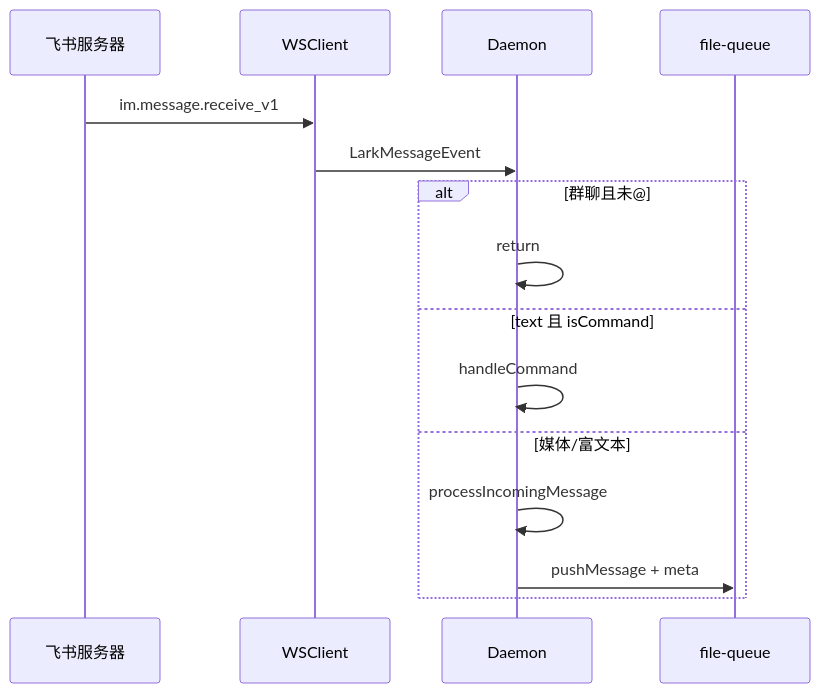
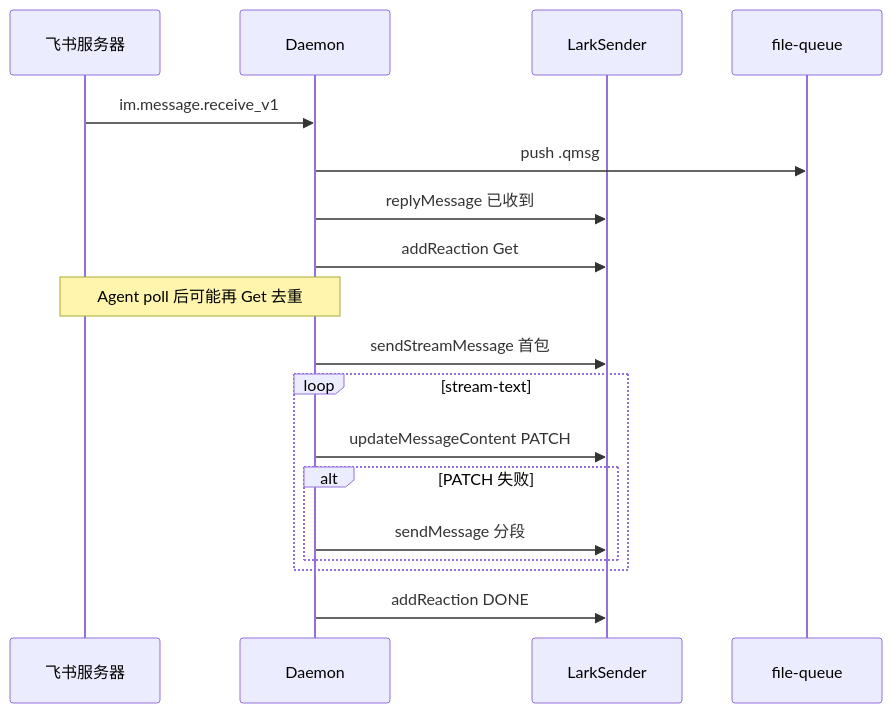
The diagram in knowledge/业务域/消息桥接/02-飞书通道.md (lk-eternal/cursor-claw), drawn with Mermaid before and after one commit. The commit also changed other lines of this file and 19 other files, not shown here.

````diff
--- a/knowledge/业务域/消息桥接/02-飞书通道.md
+++ b/knowledge/业务域/消息桥接/02-飞书通道.md
@@ -28,17 +27,20 @@
 ```mermaid
 sequenceDiagram
   participant FS as 飞书服务器
-  participant WS as WSClient
   participant D as Daemon
+  participant LS as LarkSender
   participant Q as file-queue
-  FS->>WS: im.message.receive_v1
-  WS->>D: LarkMessageEvent
-  alt 群聊且未@
-    D->>D: return
-  else text 且 isCommand
-    D->>D: handleCommand
-  else 媒体/富文本
-    D->>D: processIncomingMessage
-    D->>Q: pushMessage + meta
+  FS->>D: im.message.receive_v1
+  D->>Q: push .qmsg
+  D->>LS: replyMessage 已收到
+  D->>LS: addReaction Get
+  Note over D,FS: Agent poll 后可能再 Get 去重
+  D->>LS: sendStreamMessage 首包
+  loop stream-text
+    D->>LS: updateMessageContent PATCH
+    alt PATCH 失败
+      D->>LS: sendMessage 分段
+    end
   end
+  D->>LS: addReaction DONE
 ```
````
